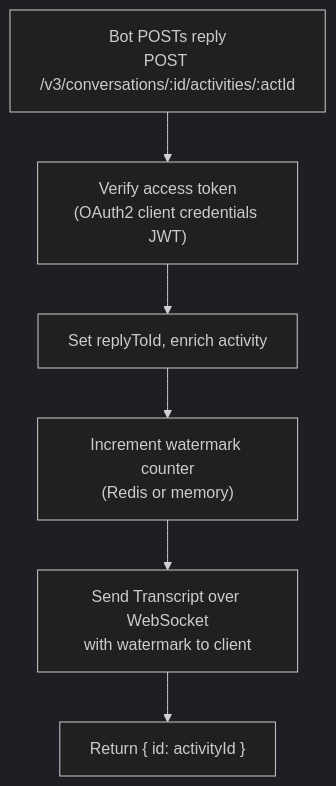
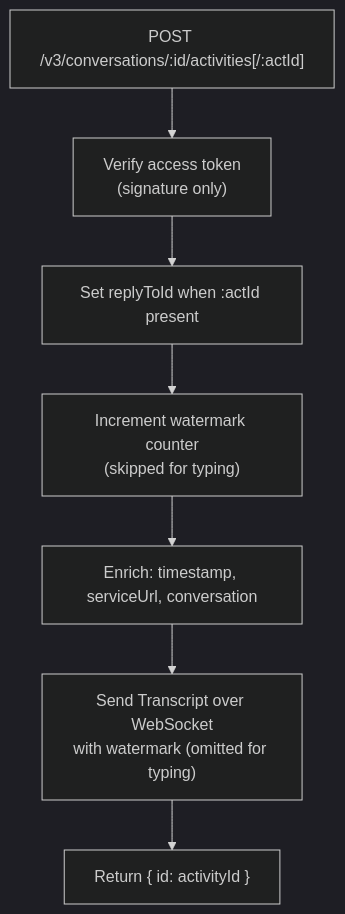
One commit to Helvia/open-bot-framework changed the third of 3 diagrams in docs/architecture.md. Above: the diagram before and after it, drawn with Mermaid (dark theme). The commit also changed other lines of this file and 7 other files, not shown here.

````diff
--- a/docs/architecture.md
+++ b/docs/architecture.md
@@ -84,8 +101,9 @@
 ```mermaid
 flowchart TD
-    A["Bot POSTs reply<br/>POST /v3/conversations/:id/activities/:actId"] --> B["Verify access token<br/>(OAuth2 client credentials JWT)"]
-    B --> C["Set replyToId, enrich activity"]
-    C --> D["Increment watermark counter<br/>(Redis or memory)"]
-    D --> E["Send Transcript over WebSocket<br/>with watermark to client"]
-    E --> F["Return { id: activityId }"]
+    A["POST /v3/conversations/:id/activities[/:actId]"] --> B["Verify access token<br/>(signature only)"]
+    B --> C["Set replyToId when :actId present"]
+    C --> D["Increment watermark counter<br/>(skipped for typing)"]
+    D --> E["Enrich: timestamp, serviceUrl, conversation"]
+    E --> F["Send Transcript over WebSocket<br/>with watermark (omitted for typing)"]
+    F --> G["Return { id: activityId }"]
 ```
````
